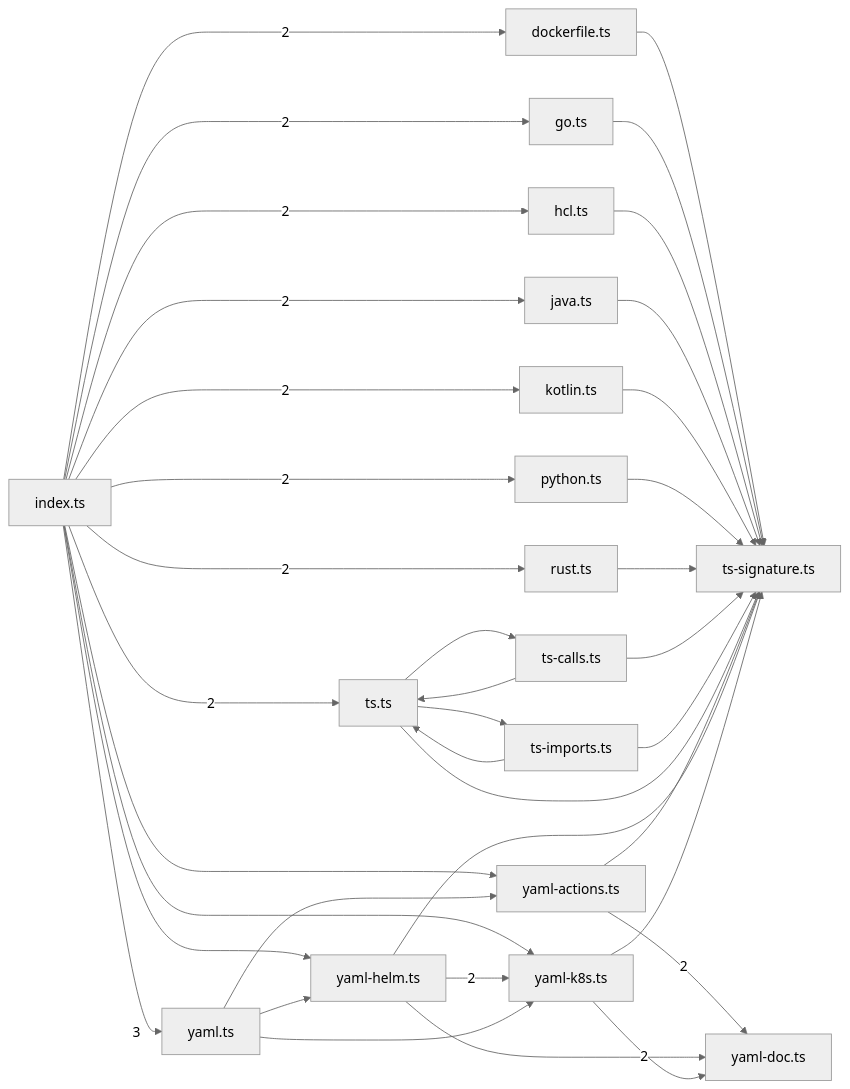
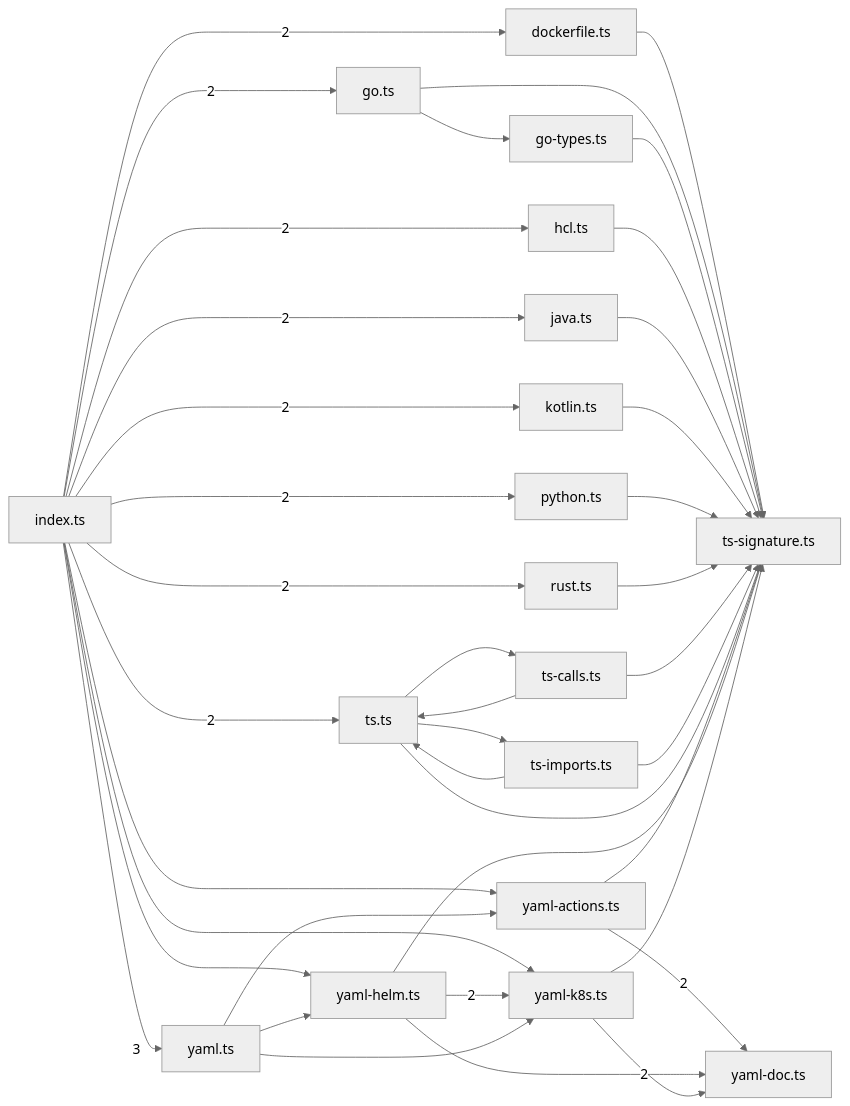
One commit to sns45/greplost changed the third of 8 diagrams in .greplost/packages/greplost__core/MAP.md. Above: the diagram before and after it, drawn with Mermaid (neutral theme). The commit also changed other lines of this file and 16 other files, not shown here.

````diff
--- a/.greplost/packages/greplost__core/MAP.md
+++ b/.greplost/packages/greplost__core/MAP.md
@@ -234,56 +236,59 @@
 ```mermaid
 graph LR
   packages_core_src_extract_dockerfile_ts["dockerfile.ts"]
   packages_core_src_extract_go_ts["go.ts"]
+  packages_core_src_extract_go_types_ts["go-types.ts"]
   packages_core_src_extract_hcl_ts["hcl.ts"]
   packages_core_src_extract_index_ts["index.ts"]
   packages_core_src_extract_java_ts["java.ts"]
   packages_core_src_extract_kotlin_ts["kotlin.ts"]
   packages_core_src_extract_python_ts["python.ts"]
   packages_core_src_extract_rust_ts["rust.ts"]
   packages_core_src_extract_ts_calls_ts["ts-calls.ts"]
   packages_core_src_extract_ts_imports_ts["ts-imports.ts"]
   packages_core_src_extract_ts_signature_ts["ts-signature.ts"]
   packages_core_src_extract_ts_ts["ts.ts"]
   packages_core_src_extract_yaml_actions_ts["yaml-actions.ts"]
   packages_core_src_extract_yaml_doc_ts["yaml-doc.ts"]
   packages_core_src_extract_yaml_helm_ts["yaml-helm.ts"]
   packages_core_src_extract_yaml_k8s_ts["yaml-k8s.ts"]
   packages_core_src_extract_yaml_ts["yaml.ts"]
   packages_core_src_extract_dockerfile_ts --> packages_core_src_extract_ts_signature_ts
+  packages_core_src_extract_go_ts --> packages_core_src_extract_go_types_ts
   packages_core_src_extract_go_ts --> packages_core_src_extract_ts_signature_ts
+  packages_core_src_extract_go_types_ts --> packages_core_src_extract_ts_signature_ts
   packages_core_src_extract_hcl_ts --> packages_core_src_extract_ts_signature_ts
   packages_core_src_extract_index_ts -->|2| packages_core_src_extract_dockerfile_ts
   packages_core_src_extract_index_ts -->|2| packages_core_src_extract_go_ts
   packages_core_src_extract_index_ts -->|2| packages_core_src_extract_hcl_ts
   packages_core_src_extract_index_ts -->|2| packages_core_src_extract_java_ts
   packages_core_src_extract_index_ts -->|2| packages_core_src_extract_kotlin_ts
   packages_core_src_extract_index_ts -->|2| packages_core_src_extract_python_ts
   packages_core_src_extract_index_ts -->|2| packages_core_src_extract_rust_ts
   packages_core_src_extract_index_ts -->|2| packages_core_src_extract_ts_ts
   packages_core_src_extract_index_ts --> packages_core_src_extract_yaml_actions_ts
   packages_core_src_extract_index_ts --> packages_core_src_extract_yaml_helm_ts
   packages_core_src_extract_index_ts --> packages_core_src_extract_yaml_k8s_ts
   packages_core_src_extract_index_ts -->|3| packages_core_src_extract_yaml_ts
   packages_core_src_extract_java_ts --> packages_core_src_extract_ts_signature_ts
   packages_core_src_extract_kotlin_ts --> packages_core_src_extract_ts_signature_ts
   packages_core_src_extract_python_ts --> packages_core_src_extract_ts_signature_ts
   packages_core_src_extract_rust_ts --> packages_core_src_extract_ts_signature_ts
   packages_core_src_extract_ts_calls_ts --> packages_core_src_extract_ts_signature_ts
   packages_core_src_extract_ts_calls_ts --> packages_core_src_extract_ts_ts
   packages_core_src_extract_ts_imports_ts --> packages_core_src_extract_ts_signature_ts
   packages_core_src_extract_ts_imports_ts --> packages_core_src_extract_ts_ts
   packages_core_src_extract_ts_ts --> packages_core_src_extract_ts_calls_ts
   packages_core_src_extract_ts_ts --> packages_core_src_extract_ts_imports_ts
   packages_core_src_extract_ts_ts --> packages_core_src_extract_ts_signature_ts
   packages_core_src_extract_yaml_actions_ts --> packages_core_src_extract_ts_signature_ts
   packages_core_src_extract_yaml_actions_ts -->|2| packages_core_src_extract_yaml_doc_ts
   packages_core_src_extract_yaml_helm_ts --> packages_core_src_extract_ts_signature_ts
   packages_core_src_extract_yaml_helm_ts --> packages_core_src_extract_yaml_doc_ts
   packages_core_src_extract_yaml_helm_ts -->|2| packages_core_src_extract_yaml_k8s_ts
   packages_core_src_extract_yaml_k8s_ts --> packages_core_src_extract_ts_signature_ts
   packages_core_src_extract_yaml_k8s_ts -->|2| packages_core_src_extract_yaml_doc_ts
   packages_core_src_extract_yaml_ts --> packages_core_src_extract_yaml_actions_ts
   packages_core_src_extract_yaml_ts --> packages_core_src_extract_yaml_helm_ts
   packages_core_src_extract_yaml_ts --> packages_core_src_extract_yaml_k8s_ts
 ```
````
